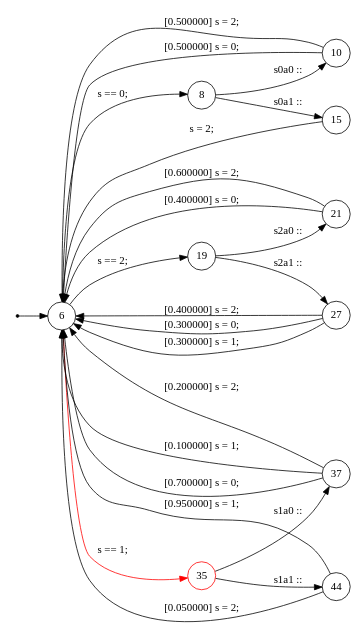
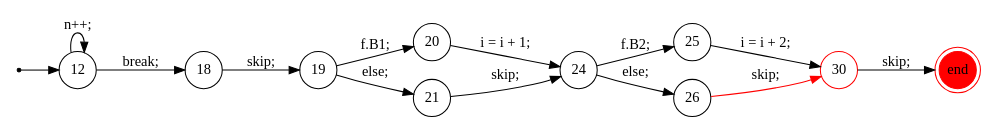
Before and after one commit to samilazregsuidi/Daedalux: the diagram in trace/7.dot, drawn with Graphviz. The commit also changed 118 other files, not shown here.

```diff
--- a/trace/7.dot
+++ b/trace/7.dot
@@ -1,39 +1,29 @@
 digraph finite_state_machine {
 	rankdir=LR
 	size="8,5"
-	93824993319552 [label = 6, shape = doublecircle, fixedsize = true]; 
-	s93824993319552 [shape = point];
-	 93824993319552 [label = 6, shape = circle, fixedsize = true ];
-	 93824993310416 [label = 8, shape = circle, fixedsize = true ];
-	 93824993310976 [label = 10, shape = circle, fixedsize = true ];
-	 93824993312496 [label = 15, shape = circle, fixedsize = true ];
-	 93824993312944 [label = 19, shape = circle, fixedsize = true ];
-	 93824993313712 [label = 21, shape = circle, fixedsize = true ];
-	 93824993315232 [label = 27, shape = circle, fixedsize = true ];
-	 93824993316688 [label = 35, shape = circle, color = red, fixedsize = true ];
-	 93824993317632 [label = 37, shape = circle, fixedsize = true ];
-	 93824993325184 [label = 44, shape = circle, fixedsize = true ];
-	s93824993319552 -> 93824993319552;
-	93824993319552 -> 93824993310416 [ label = "s == 0; "];
-	93824993310416 -> 93824993310976 [ label = "s0a0 :: "];
-	93824993310976 -> 93824993319552 [ label = " [0.500000] s = 0; "];
-	93824993310976 -> 93824993319552 [ label = " [0.500000] s = 2; "];
-	93824993310416 -> 93824993312496 [ label = "s0a1 :: "];
-	93824993312496 -> 93824993319552 [ label = "s = 2; "];
-	93824993319552 -> 93824993312944 [ label = "s == 2; "];
-	93824993312944 -> 93824993313712 [ label = "s2a0 :: "];
-	93824993313712 -> 93824993319552 [ label = " [0.400000] s = 0; "];
-	93824993313712 -> 93824993319552 [ label = " [0.600000] s = 2; "];
-	93824993312944 -> 93824993315232 [ label = "s2a1 :: "];
-	93824993315232 -> 93824993319552 [ label = " [0.400000] s = 2; "];
-	93824993315232 -> 93824993319552 [ label = " [0.300000] s = 0; "];
-	93824993315232 -> 93824993319552 [ label = " [0.300000] s = 1; "];
-	93824993319552 -> 93824993316688 [color = red, label = "s == 1; "];
-	93824993316688 -> 93824993317632 [ label = "s1a0 :: "];
-	93824993317632 -> 93824993319552 [ label = " [0.100000] s = 1; "];
-	93824993317632 -> 93824993319552 [ label = " [0.700000] s = 0; "];
-	93824993317632 -> 93824993319552 [ label = " [0.200000] s = 2; "];
-	93824993316688 -> 93824993325184 [ label = "s1a1 :: "];
-	93824993325184 -> 93824993319552 [ label = " [0.950000] s = 1; "];
-	93824993325184 -> 93824993319552 [ label = " [0.050000] s = 2; "];
+	93824994178208 [label = 12, shape = doublecircle, fixedsize = true]; 
+	s93824994178208 [shape = point];
+	e93824994173872 [shape = doublecircle, fixedsize = true, style = filled, color = red,  label = end];
+	 93824994178208 [label = 12, shape = circle, fixedsize = true ];
+	 93824994170560 [label = 18, shape = circle, fixedsize = true ];
+	 93824994170896 [label = 19, shape = circle, fixedsize = true ];
+	 93824994171728 [label = 20, shape = circle, fixedsize = true ];
+	 93824994172480 [label = 21, shape = circle, fixedsize = true ];
+	 93824994172256 [label = 24, shape = circle, fixedsize = true ];
+	 93824994173344 [label = 25, shape = circle, fixedsize = true ];
+	 93824994174096 [label = 26, shape = circle, fixedsize = true ];
+	 93824994173872 [label = 30, shape = circle, color = red, fixedsize = true ];
+	s93824994178208 -> 93824994178208;
+	93824994178208 -> 93824994170560 [ label = "break; "];
+	93824994178208 -> 93824994178208 [ label = "n++; "];
+	93824994170560 -> 93824994170896 [ label = "skip; "];
+	93824994170896 -> 93824994171728 [ label = "f.B1; "];
+	93824994171728 -> 93824994172256 [ label = "i = i + 1; "];
+	93824994170896 -> 93824994172480 [ label = "else; "];
+	93824994172480 -> 93824994172256 [ label = "skip; "];
+	93824994172256 -> 93824994173344 [ label = "f.B2; "];
+	93824994173344 -> 93824994173872 [ label = "i = i + 2; "];
+	93824994172256 -> 93824994174096 [ label = "else; "];
+	93824994174096 -> 93824994173872 [color = red, label = "skip; "];
+	93824994173872 -> e93824994173872 [ label = "skip; "];
 }
```
